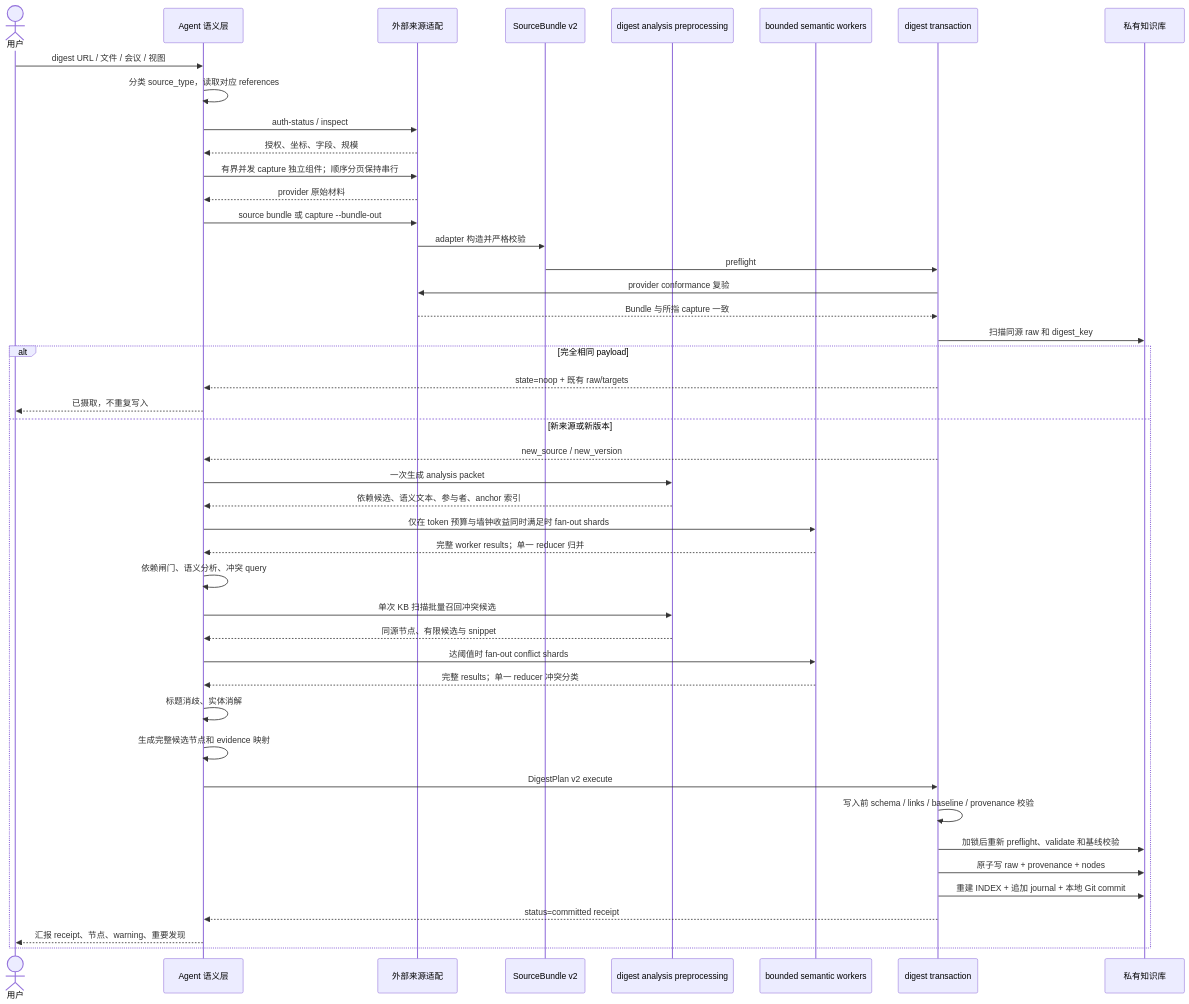
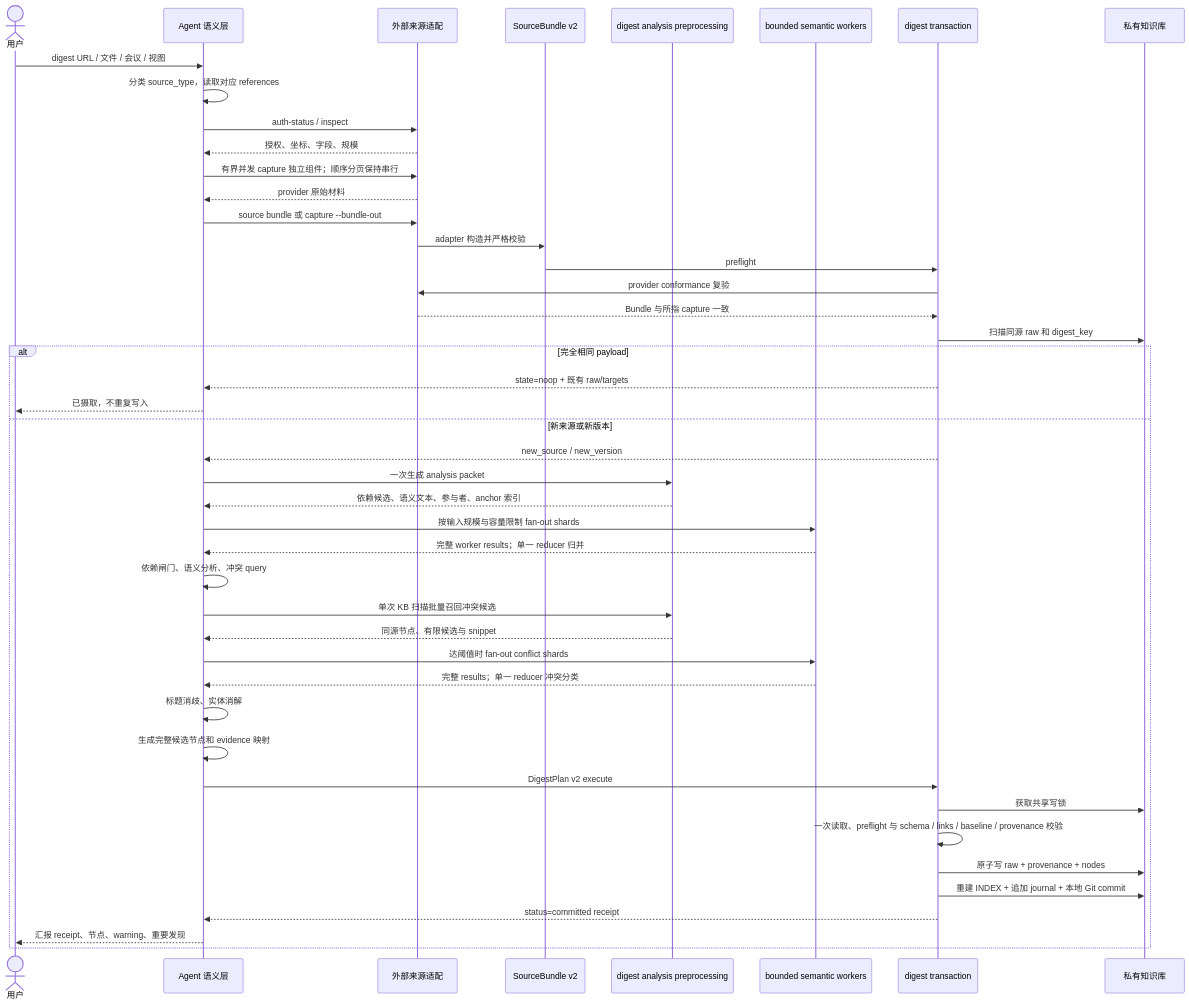
The fifth of 19 diagrams in docs/development/ARCHITECTURE.md (ranjiao/byteworker), drawn with Mermaid before and after one commit. The commit also changed other lines of this file and 34 other files, not shown here.

````diff
--- a/docs/development/ARCHITECTURE.md
+++ b/docs/development/ARCHITECTURE.md
@@ -193,49 +193,49 @@
 ```mermaid
 sequenceDiagram
     actor User as 用户
     participant Agent as Agent 语义层
     participant Source as 外部来源适配
     participant Bundle as SourceBundle v2
     participant Prep as digest analysis preprocessing
     participant Workers as bounded semantic workers
     participant Txn as digest transaction
     participant KB as 私有知识库
 
     User->>Agent: digest URL / 文件 / 会议 / 视图
     Agent->>Agent: 分类 source_type，读取对应 references
     Agent->>Source: auth-status / inspect
     Source-->>Agent: 授权、坐标、字段、规模
     Agent->>Source: 有界并发 capture 独立组件；顺序分页保持串行
     Source-->>Agent: provider 原始材料
     Agent->>Source: source bundle 或 capture --bundle-out
     Source->>Bundle: adapter 构造并严格校验
     Bundle->>Txn: preflight
     Txn->>Source: provider conformance 复验
     Source-->>Txn: Bundle 与所指 capture 一致
     Txn->>KB: 扫描同源 raw 和 digest_key
 
     alt 完全相同 payload
         Txn-->>Agent: state=noop + 既有 raw/targets
         Agent-->>User: 已摄取，不重复写入
     else 新来源或新版本
         Txn-->>Agent: new_source / new_version
         Agent->>Prep: 一次生成 analysis packet
         Prep-->>Agent: 依赖候选、语义文本、参与者、anchor 索引
-        Agent->>Workers: 仅在 token 预算与墙钟收益同时满足时 fan-out shards
+        Agent->>Workers: 按输入规模与容量限制 fan-out shards
         Workers-->>Agent: 完整 worker results；单一 reducer 归并
         Agent->>Agent: 依赖闸门、语义分析、冲突 query
         Agent->>Prep: 单次 KB 扫描批量召回冲突候选
         Prep-->>Agent: 同源节点、有限候选与 snippet
         Agent->>Workers: 达阈值时 fan-out conflict shards
         Workers-->>Agent: 完整 results；单一 reducer 冲突分类
         Agent->>Agent: 标题消歧、实体消解
         Agent->>Agent: 生成完整候选节点和 evidence 映射
         Agent->>Txn: DigestPlan v2 execute
-        Txn->>Txn: 写入前 schema / links / baseline / provenance 校验
-        Txn->>KB: 加锁后重新 preflight、validate 和基线校验
+        Txn->>KB: 获取共享写锁
+        Txn->>Txn: 一次读取、preflight 与 schema / links / baseline / provenance 校验
         Txn->>KB: 原子写 raw + provenance + nodes
         Txn->>KB: 重建 INDEX + 追加 journal + 本地 Git commit
         Txn-->>Agent: status=committed receipt
         Agent-->>User: 汇报 receipt、节点、warning、重要发现
     end
 ```
````
